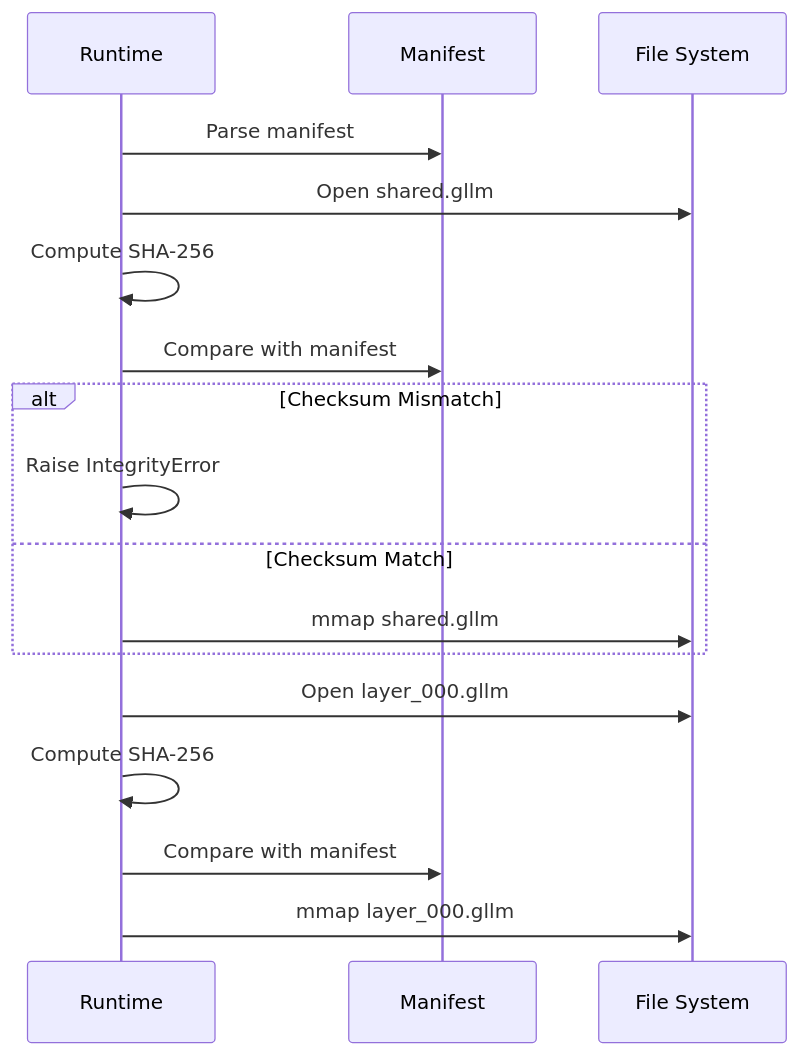
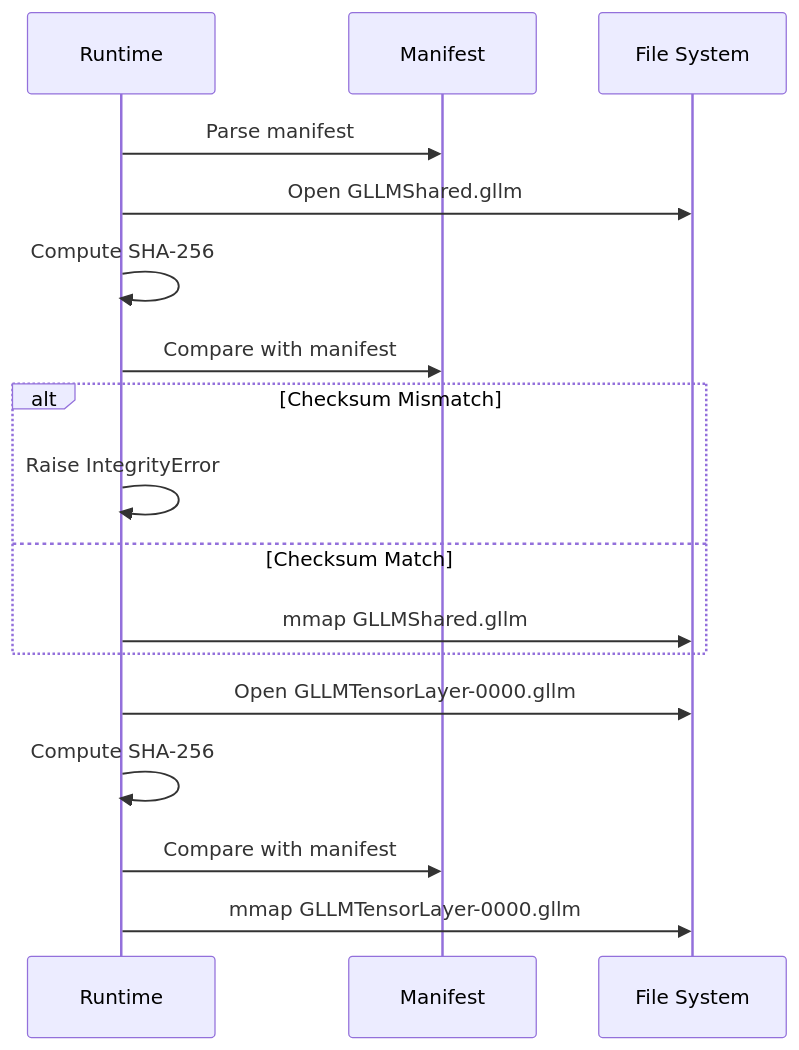
The fourth of 20 diagrams in architecture/GLLM_ARTX/ArchGLLMFormat.md (gwenland-org/gwenland-ai), drawn with Mermaid before and after one commit. The commit also changed other lines of this file and 22 other files, not shown here.

````diff
--- a/architecture/GLLM_ARTX/ArchGLLMFormat.md
+++ b/architecture/GLLM_ARTX/ArchGLLMFormat.md
@@ -580,19 +580,19 @@
 ```mermaid
 sequenceDiagram
     participant R as Runtime
     participant M as Manifest
     participant F as File System
     R->>M: Parse manifest
-    R->>F: Open shared.gllm
+    R->>F: Open GLLMShared.gllm
     R->>R: Compute SHA-256
     R->>M: Compare with manifest
     alt Checksum Mismatch
         R->>R: Raise IntegrityError
     else Checksum Match
-        R->>F: mmap shared.gllm
+        R->>F: mmap GLLMShared.gllm
     end
-    R->>F: Open layer_000.gllm
+    R->>F: Open GLLMTensorLayer-0000.gllm
     R->>R: Compute SHA-256
     R->>M: Compare with manifest
-    R->>F: mmap layer_000.gllm
+    R->>F: mmap GLLMTensorLayer-0000.gllm
 ```
````
